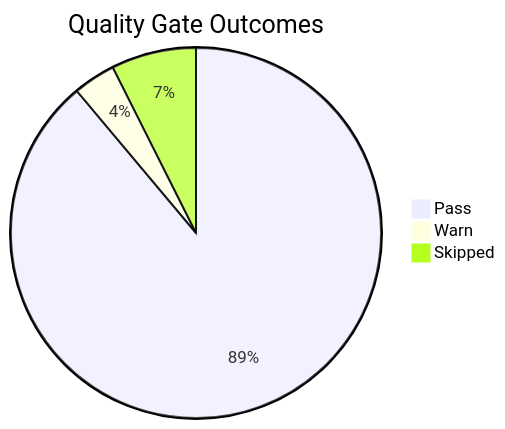
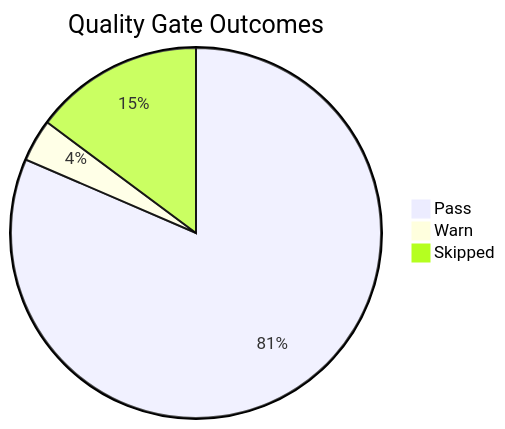
Before and after one commit to yeongseon/azure-app-service-practical-guide: the diagram in docs/meta/golden-status.md, drawn with Mermaid. The commit also changed other lines of this file and 4 other files, not shown here.

````diff
--- a/docs/meta/golden-status.md
+++ b/docs/meta/golden-status.md
@@ -42,6 +42,6 @@
 ```mermaid
 pie title Quality Gate Outcomes
-    "Pass" : 24
+    "Pass" : 22
     "Warn" : 1
-    "Skipped" : 2
+    "Skipped" : 4
 ```
````
